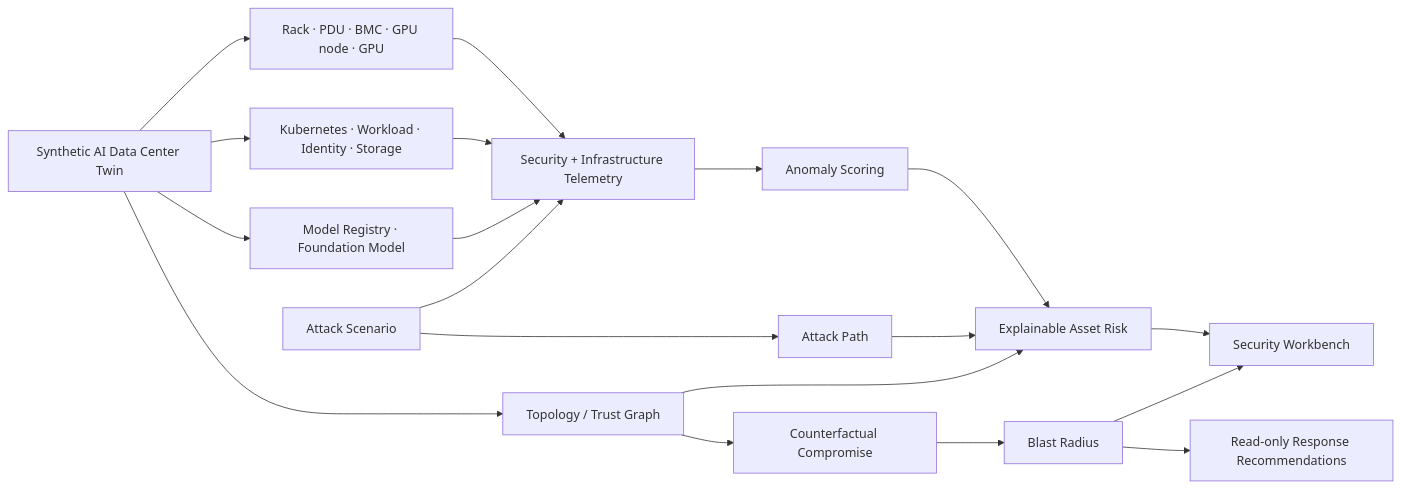
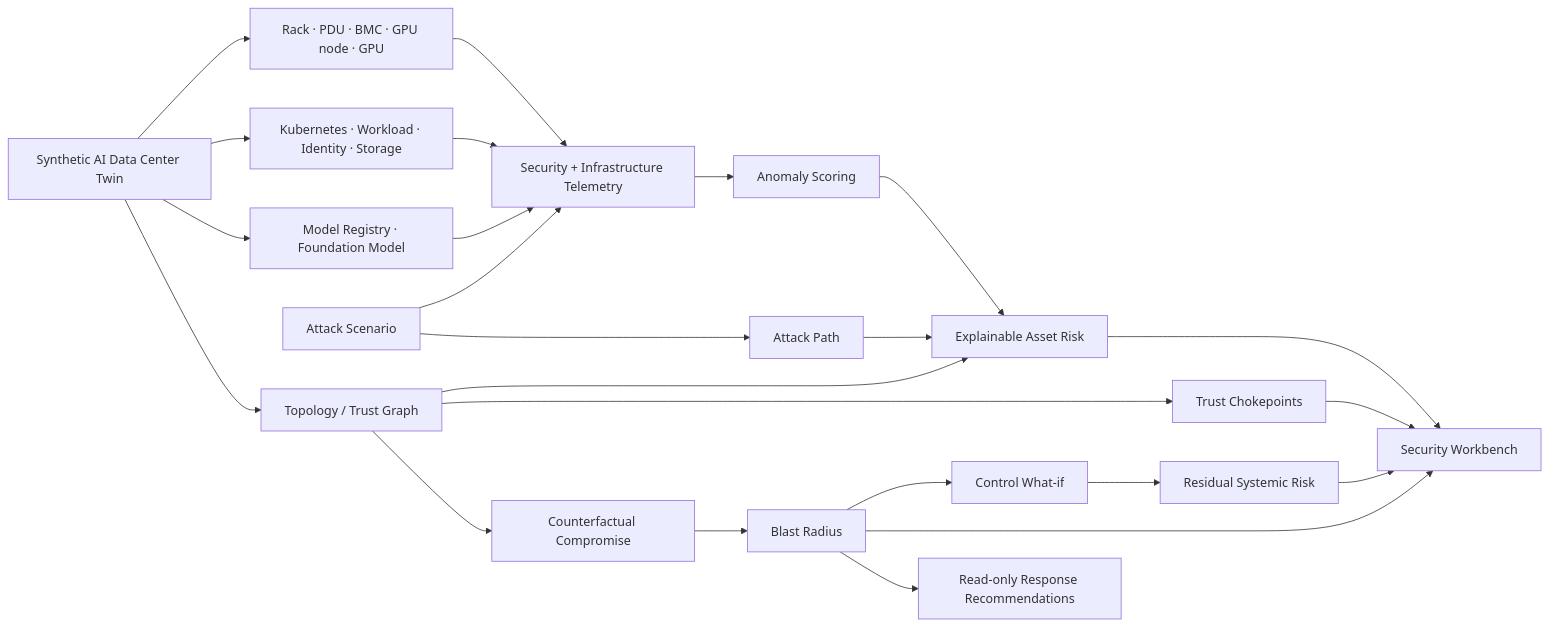
One commit to VinayK88/ai-datacenter-security-digital-twin changed the first of 4 diagrams in README.md. Above: the diagram before and after it, drawn with Mermaid. The commit also changed other lines of this file, not shown here.

Commit message:
Strengthen README with resilience chokepoints and richer visuals

````diff
--- a/README.md
+++ b/README.md
@@ -38,22 +58,25 @@
 ```mermaid
 flowchart LR
     T["Synthetic AI Data Center Twin"] --> PHY["Rack · PDU · BMC · GPU node · GPU"]
     T --> LOG["Kubernetes · Workload · Identity · Storage"]
     T --> AI["Model Registry · Foundation Model"]
 
     PHY & LOG & AI --> TEL["Security + Infrastructure Telemetry"]
     SCN["Attack Scenario"] --> TEL
     SCN --> PATH["Attack Path"]
 
     TEL --> ANOM["Anomaly Scoring"]
     T --> GRAPH["Topology / Trust Graph"]
     PATH --> RISK["Explainable Asset Risk"]
     ANOM --> RISK
     GRAPH --> RISK
 
+    GRAPH --> CHOKE["Trust Chokepoints"]
     GRAPH --> CF["Counterfactual Compromise"]
     CF --> BLAST["Blast Radius"]
-    RISK --> UI["Security Workbench"]
-    BLAST --> UI
+    BLAST --> CTRL["Control What-if"]
+    CTRL --> RESIDUAL["Residual Systemic Risk"]
+
+    RISK & CHOKE & BLAST & RESIDUAL --> UI["Security Workbench"]
     BLAST --> RESP["Read-only Response Recommendations"]
 ```
````
